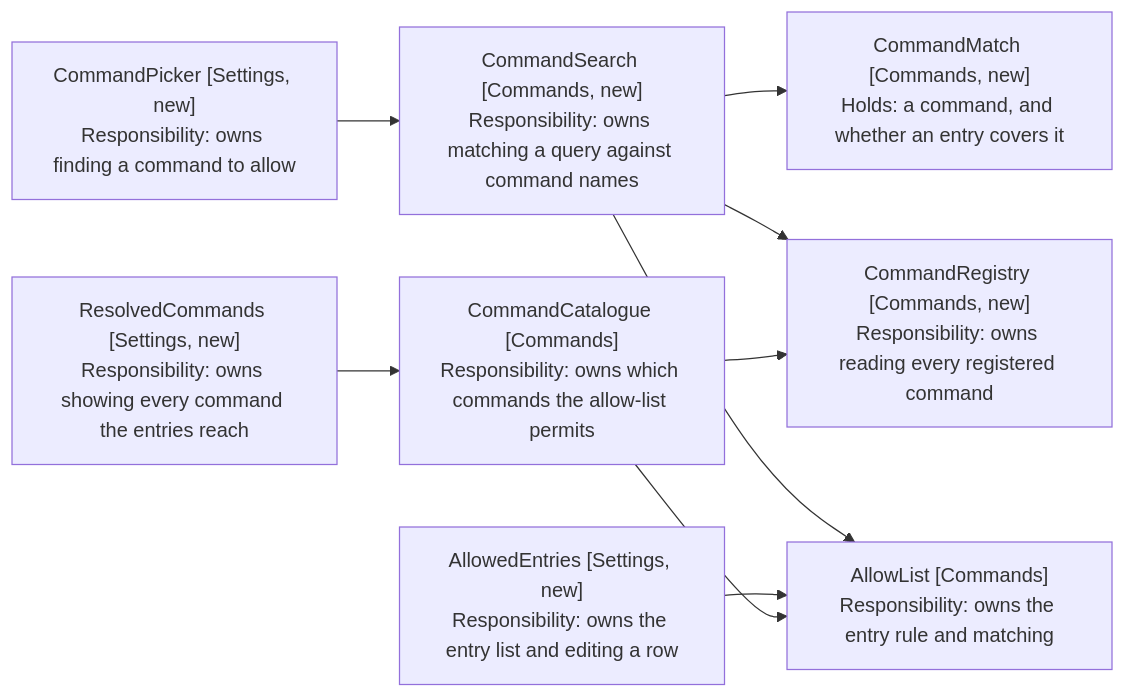
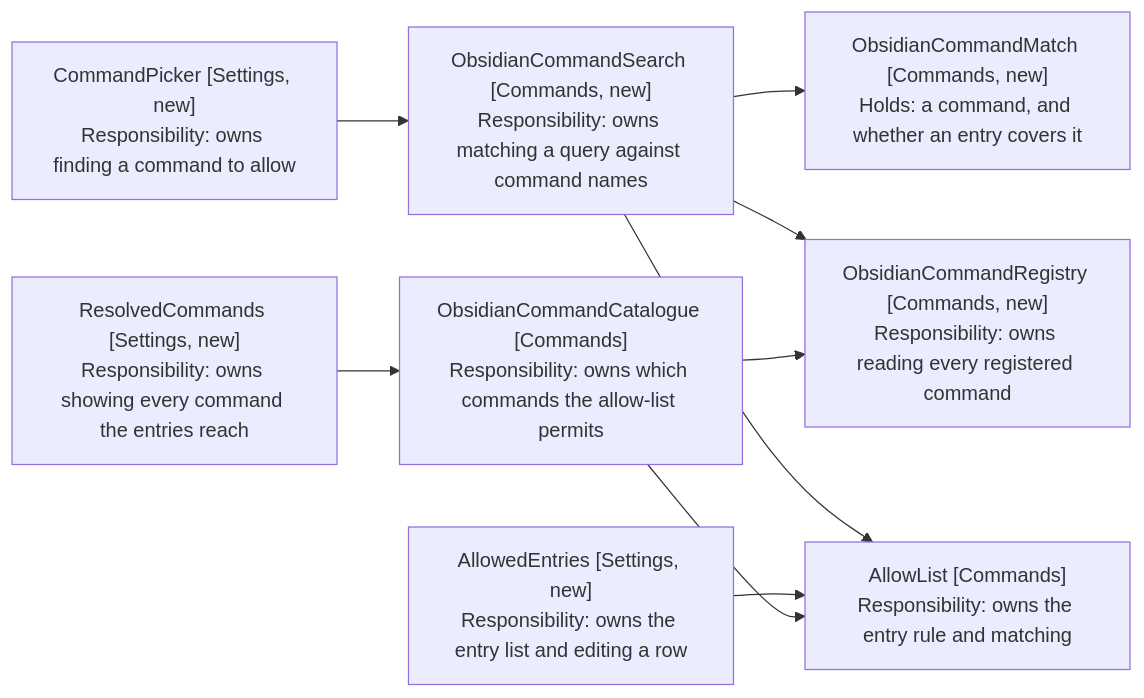
Before and after one commit to iparips/obsidian-owl: the first of 2 diagrams in docs/spec/5-settings-command-picker/3-component-design.md, drawn with Mermaid. The commit also changed other lines of this file and 71 other files, not shown here.

````diff
--- a/docs/spec/5-settings-command-picker/3-component-design.md
+++ b/docs/spec/5-settings-command-picker/3-component-design.md
@@ -70,20 +70,20 @@
 ```mermaid
 flowchart LR
     Picker["CommandPicker [Settings, new]<br/>Responsibility: owns finding a command to allow"]
-    Search["CommandSearch [Commands, new]<br/>Responsibility: owns matching a query against command names"]
-    Registry["CommandRegistry [Commands, new]<br/>Responsibility: owns reading every registered command"]
-    Catalogue["CommandCatalogue [Commands]<br/>Responsibility: owns which commands the allow-list permits"]
+    Search["ObsidianCommandSearch [Commands, new]<br/>Responsibility: owns matching a query against command names"]
+    Registry["ObsidianCommandRegistry [Commands, new]<br/>Responsibility: owns reading every registered command"]
+    Catalogue["ObsidianCommandCatalogue [Commands]<br/>Responsibility: owns which commands the allow-list permits"]
     AllowList["AllowList [Commands]<br/>Responsibility: owns the entry rule and matching"]
     Entries["AllowedEntries [Settings, new]<br/>Responsibility: owns the entry list and editing a row"]
     Resolved["ResolvedCommands [Settings, new]<br/>Responsibility: owns showing every command the entries reach"]
-    Match["CommandMatch [Commands, new]<br/>Holds: a command, and whether an entry covers it"]
+    Match["ObsidianCommandMatch [Commands, new]<br/>Holds: a command, and whether an entry covers it"]
 
     Picker --> Search
     Search --> Registry
     Search --> AllowList
     Search --> Match
     Entries --> AllowList
     Resolved --> Catalogue
     Catalogue --> Registry
     Catalogue --> AllowList
 ```
````
